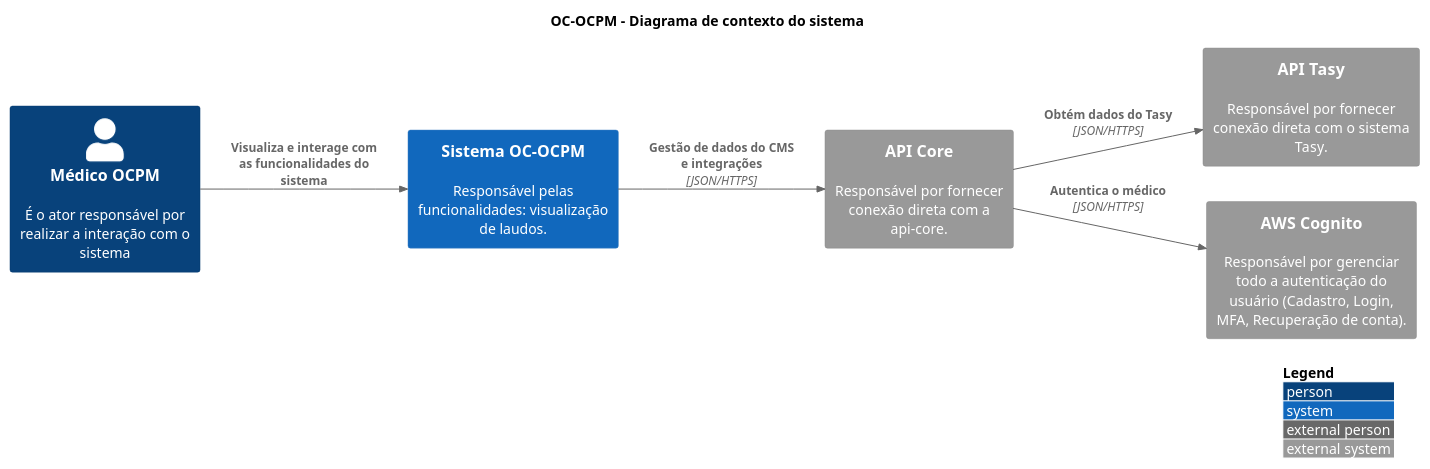
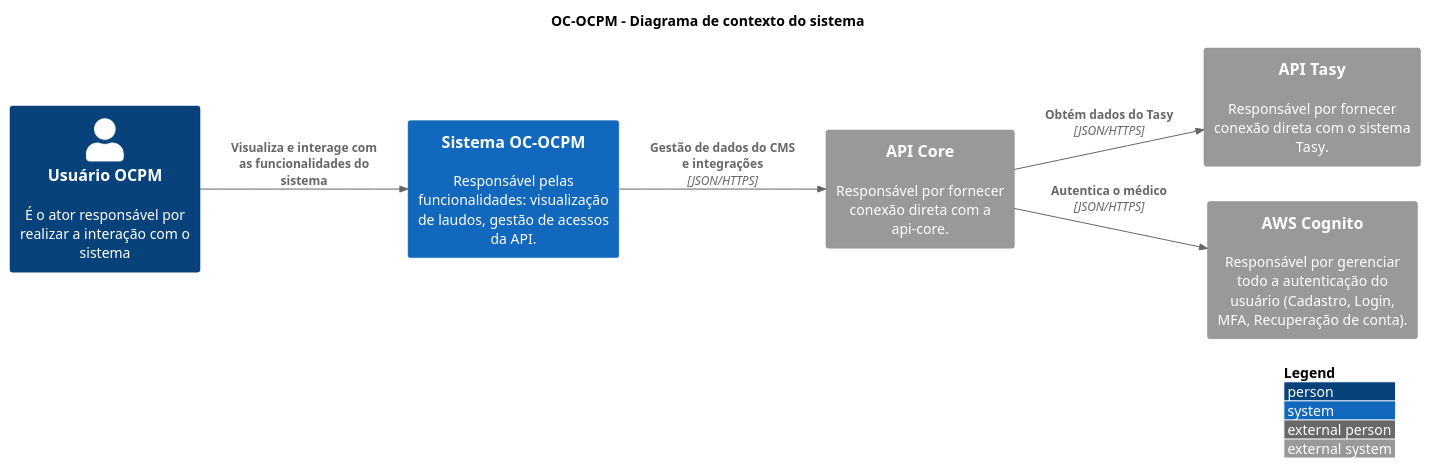
Before and after one commit to luizggbasedigital/poc-oc-docs: the diagram in src/OC-OCPM/C1. Visão Geral/context.puml, drawn with PlantUML. The commit also changed 3 other files, not shown here.

```diff
--- a/src/OC-OCPM/C1. Visão Geral/context.puml
+++ b/src/OC-OCPM/C1. Visão Geral/context.puml
@@ -1,36 +1,36 @@
 @startuml "Context Diagram"
 
 title "OC-OCPM - Diagrama de contexto do sistema"
 
 !include https://raw.githubusercontent.com/adrianvlupu/C4-PlantUML/latest/C4_Context.puml
 
 LAYOUT_WITH_LEGEND()
 LAYOUT_LEFT_RIGHT()
 
 skinparam backgroundcolor transparent
 
 /'Actors'/
-Person(ActorOCPMPhysician, "Médico OCPM", "É o ator responsável por realizar a interação com o sistema")
+Person(ActorOCPMUser, "Usuário OCPM", "É o ator responsável por realizar a interação com o sistema")
 
 /'Internal Systems'/
-System(SystemOCOCPM, "Sistema OC-OCPM", "Responsável pelas funcionalidades: visualização de laudos.")
+System(SystemOCOCPM, "Sistema OC-OCPM", "Responsável pelas funcionalidades: visualização de laudos, gestão de acessos da API.")
 
 /'External Systems'/
 System_Ext(SystemTasyApi, "API Tasy", "Responsável por fornecer conexão direta com o sistema Tasy.")
 
 /'API-Core Systems'/
 System_Ext(SystemApiCore, "API Core", "Responsável por fornecer conexão direta com a api-core.")
 
 /'AWS Systems'/
 System_Ext(SystemAWSCognito, "AWS Cognito", "Responsável por gerenciar todo a autenticação do usuário (Cadastro, Login, MFA, Recuperação de conta).")
 
 
 /'Relations'/
-Rel(ActorOCPMPhysician, SystemOCOCPM, "Visualiza e interage com as funcionalidades do sistema")
+Rel(ActorOCPMUser, SystemOCOCPM, "Visualiza e interage com as funcionalidades do sistema")
 
 /'API-Core Integrations'/
 Rel(SystemOCOCPM, SystemApiCore, "Gestão de dados do CMS e integrações", "JSON/HTTPS")
 Rel(SystemApiCore, SystemTasyApi, "Obtém dados do Tasy", "JSON/HTTPS")
 Rel(SystemApiCore, SystemAWSCognito, "Autentica o médico", "JSON/HTTPS")
 
 @enduml
```
